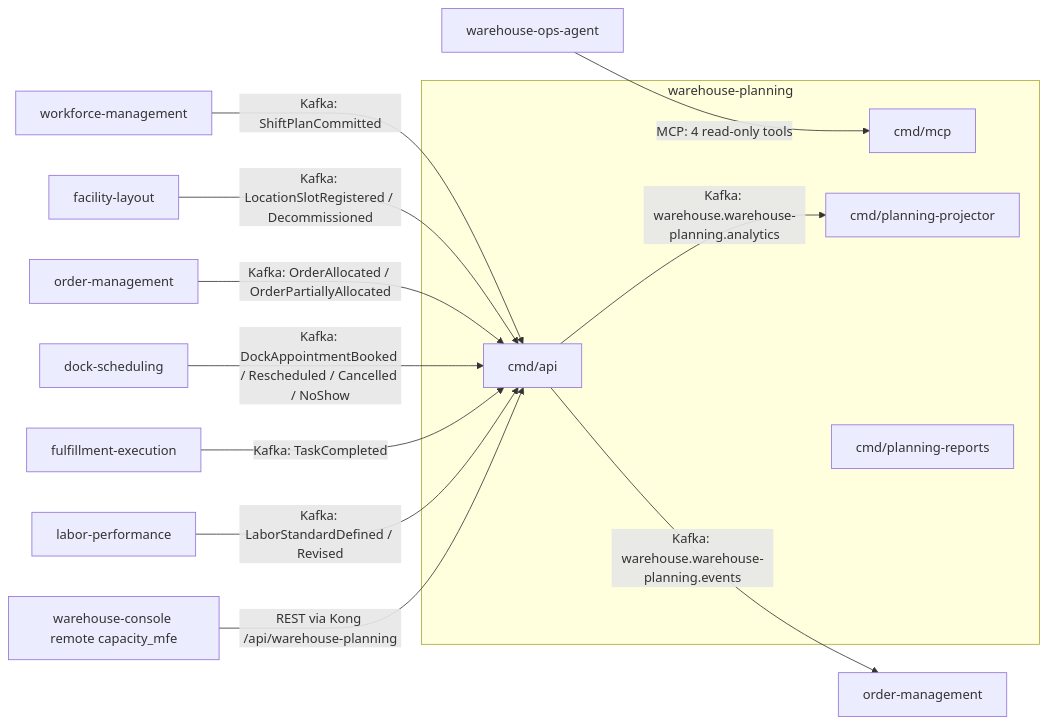
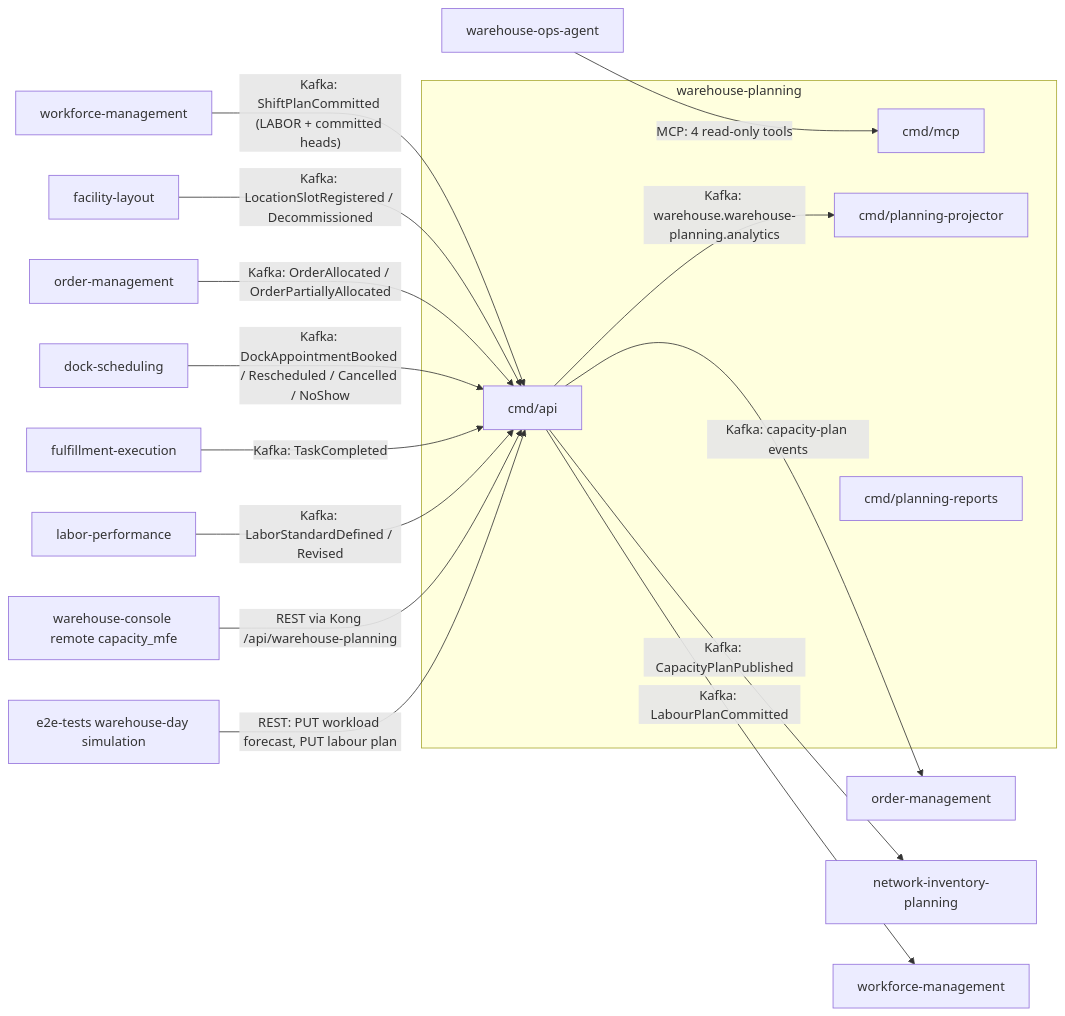
Before and after one commit to IQVO/warehouse-planning: the diagram in docs/docs/ecosystem/upstream-contracts.md, drawn with Mermaid. The commit also changed other lines of this file and 6 other files, not shown here.

First line of the commit message:
docs(requirement): reference pages for the labour standards, forecast, labour plan and drift

````diff
--- a/docs/docs/ecosystem/upstream-contracts.md
+++ b/docs/docs/ecosystem/upstream-contracts.md
@@ -19,19 +19,22 @@
 ```mermaid
 flowchart LR
-  WFM[workforce-management] -- "Kafka: ShiftPlanCommitted" --> API
+  WFM[workforce-management] -- "Kafka: ShiftPlanCommitted (LABOR + committed heads)" --> API
   FL[facility-layout] -- "Kafka: LocationSlotRegistered / Decommissioned" --> API
   OM1[order-management] -- "Kafka: OrderAllocated / OrderPartiallyAllocated" --> API
   DS[dock-scheduling] -- "Kafka: DockAppointmentBooked / Rescheduled / Cancelled / NoShow" --> API
   FE[fulfillment-execution] -- "Kafka: TaskCompleted" --> API
   LPF[labor-performance] -- "Kafka: LaborStandardDefined / Revised" --> API
   CON[warehouse-console remote capacity_mfe] -- "REST via Kong /api/warehouse-planning" --> API
+  SIM[e2e-tests warehouse-day simulation] -- "REST: PUT workload forecast, PUT labour plan" --> API
   AGT[warehouse-ops-agent] -- "MCP: 4 read-only tools" --> MCP
   subgraph WP[warehouse-planning]
     API[cmd/api]
     MCP[cmd/mcp]
     PROJ[cmd/planning-projector]
     REP[cmd/planning-reports]
   end
-  API -- "Kafka: warehouse.warehouse-planning.events" --> OM2[order-management]
+  API -- "Kafka: capacity-plan events" --> OM2[order-management]
+  API -- "Kafka: CapacityPlanPublished" --> NIP[network-inventory-planning]
+  API -- "Kafka: LabourPlanCommitted" --> WFM2[workforce-management]
   API -- "Kafka: warehouse.warehouse-planning.analytics" --> PROJ
 ```
````
